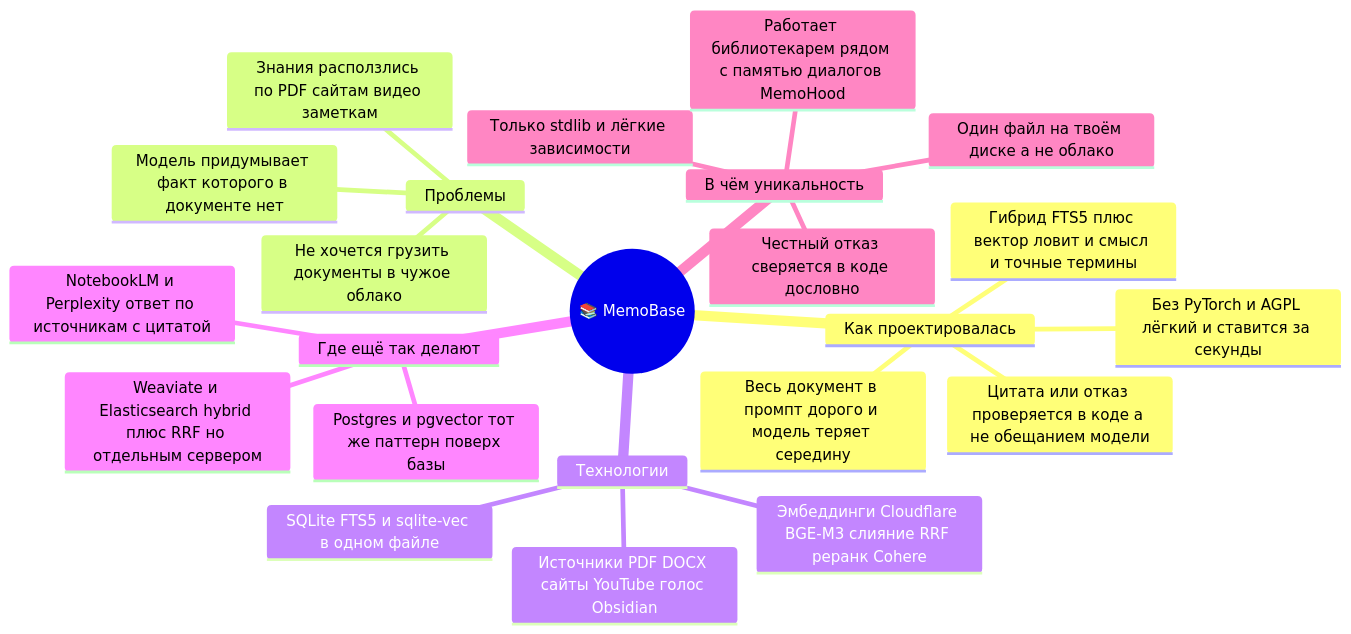
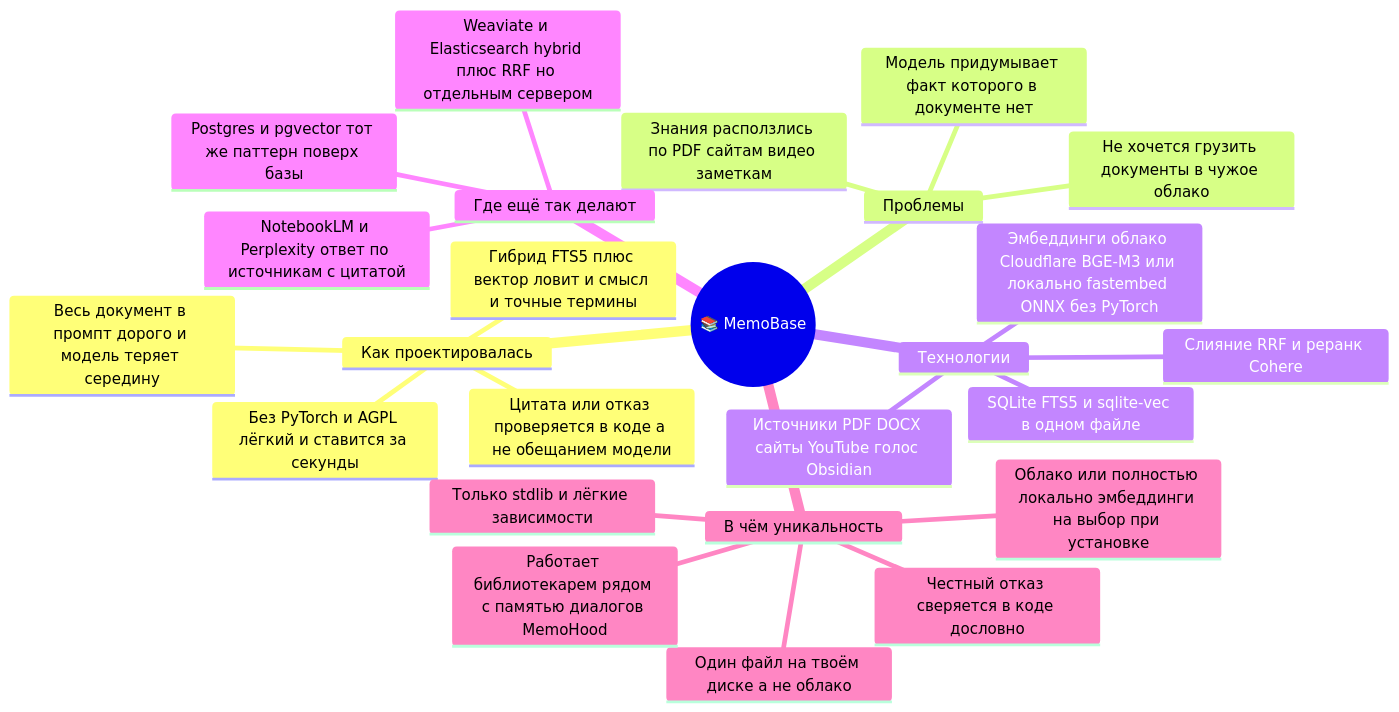
One commit to mxskorohood-cmd/memohood-memobase changed the first of 2 diagrams in docs/MINDMAPS.md. Above: the diagram before and after it, drawn with Mermaid. The commit also changed other lines of this file and 2 other files, not shown here.

Commit message:
docs: cloud-or-local as a headline feature + pitch mind-maps
README (EN/RU) gets a "Cloud or fully local" feature bullet for the opt-in
local embedder; mind-maps show the local/cloud embedder choice.

````diff
--- a/docs/MINDMAPS.md
+++ b/docs/MINDMAPS.md
@@ -9,26 +9,28 @@
 ```mermaid
 mindmap
   root((📚 MemoBase))
     Как проектировалась
       Весь документ в промпт дорого и модель теряет середину
       Гибрид FTS5 плюс вектор ловит и смысл и точные термины
       Цитата или отказ проверяется в коде а не обещанием модели
       Без PyTorch и AGPL лёгкий и ставится за секунды
     Проблемы
       Модель придумывает факт которого в документе нет
       Знания расползлись по PDF сайтам видео заметкам
       Не хочется грузить документы в чужое облако
     Технологии
       SQLite FTS5 и sqlite-vec в одном файле
-      Эмбеддинги Cloudflare BGE-M3 слияние RRF реранк Cohere
+      Эмбеддинги облако Cloudflare BGE-M3 или локально fastembed ONNX без PyTorch
+      Слияние RRF и реранк Cohere
       Источники PDF DOCX сайты YouTube голос Obsidian
     Где ещё так делают
       Weaviate и Elasticsearch hybrid плюс RRF но отдельным сервером
       Postgres и pgvector тот же паттерн поверх базы
       NotebookLM и Perplexity ответ по источникам с цитатой
     В чём уникальность
       Один файл на твоём диске а не облако
+      Облако или полностью локально эмбеддинги на выбор при установке
       Только stdlib и лёгкие зависимости
       Честный отказ сверяется в коде дословно
       Работает библиотекарем рядом с памятью диалогов MemoHood
 ```
````
